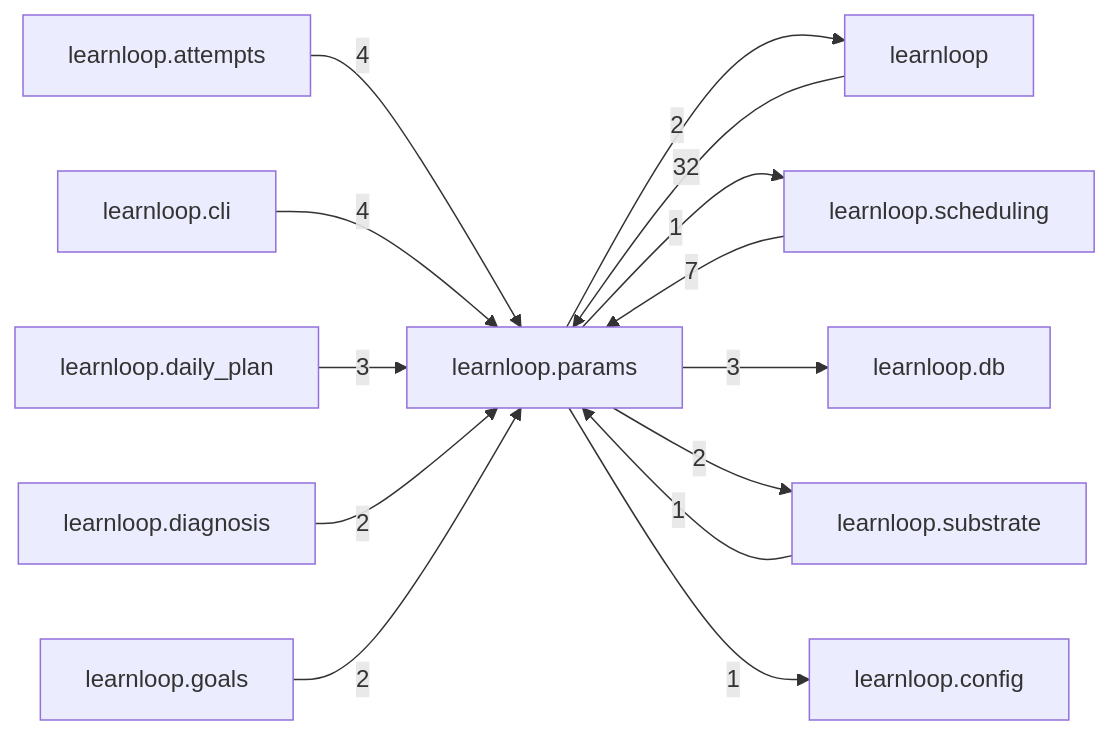
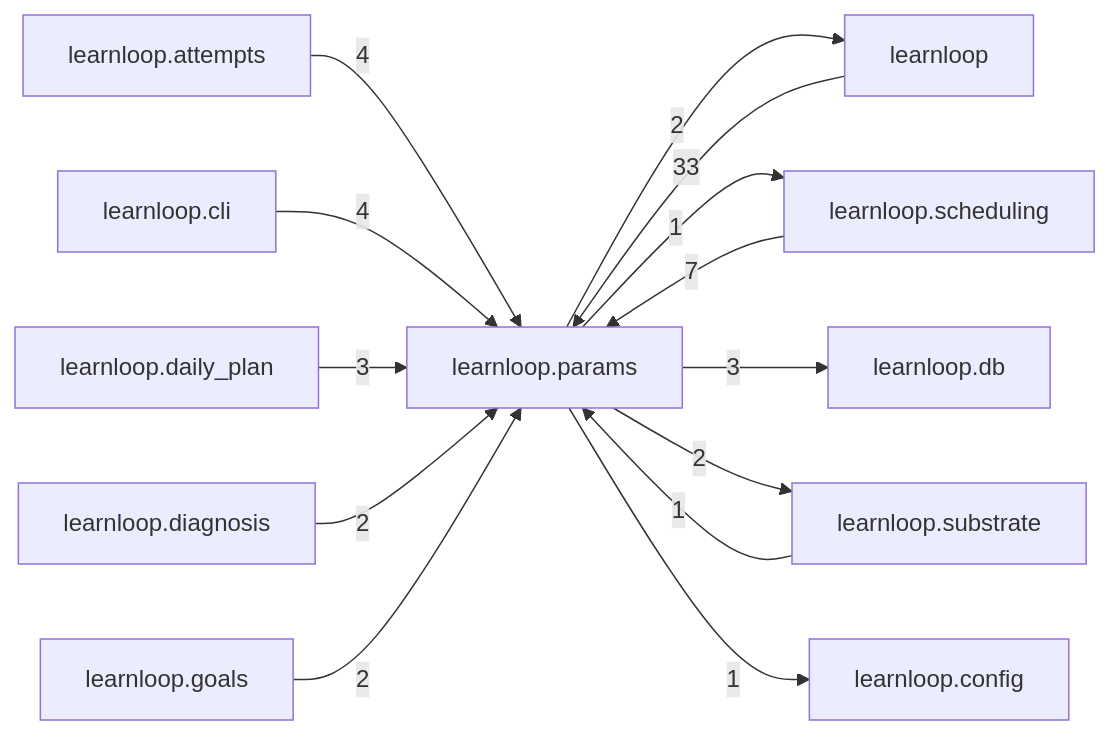
The diagram in docs/learnloop-architecture-vault/Reference/Modules/learnloop/params/_package.md (6up-b/learnanything), drawn with Mermaid before and after one commit. The commit also changed other lines of this file and 62 other files, not shown here.

````diff
--- a/docs/learnloop-architecture-vault/Reference/Modules/learnloop/params/_package.md
+++ b/docs/learnloop-architecture-vault/Reference/Modules/learnloop/params/_package.md
@@ -89,27 +89,27 @@
 ```mermaid
 flowchart LR
     center["learnloop.params"]
     n_learnloop["learnloop"]
     n_learnloop_scheduling["learnloop.scheduling"]
     n_learnloop_attempts["learnloop.attempts"]
     n_learnloop_cli["learnloop.cli"]
     n_learnloop_daily_plan["learnloop.daily_plan"]
     n_learnloop_db["learnloop.db"]
     n_learnloop_substrate["learnloop.substrate"]
     n_learnloop_diagnosis["learnloop.diagnosis"]
     n_learnloop_goals["learnloop.goals"]
     n_learnloop_config["learnloop.config"]
-    n_learnloop -->|32| center
+    n_learnloop -->|33| center
     center -->|2| n_learnloop
     n_learnloop_scheduling -->|7| center
     center -->|1| n_learnloop_scheduling
     n_learnloop_attempts -->|4| center
     n_learnloop_cli -->|4| center
     n_learnloop_daily_plan -->|3| center
     center -->|3| n_learnloop_db
     n_learnloop_substrate -->|1| center
     center -->|2| n_learnloop_substrate
     n_learnloop_diagnosis -->|2| center
     n_learnloop_goals -->|2| center
     center -->|1| n_learnloop_config
 ```
````
